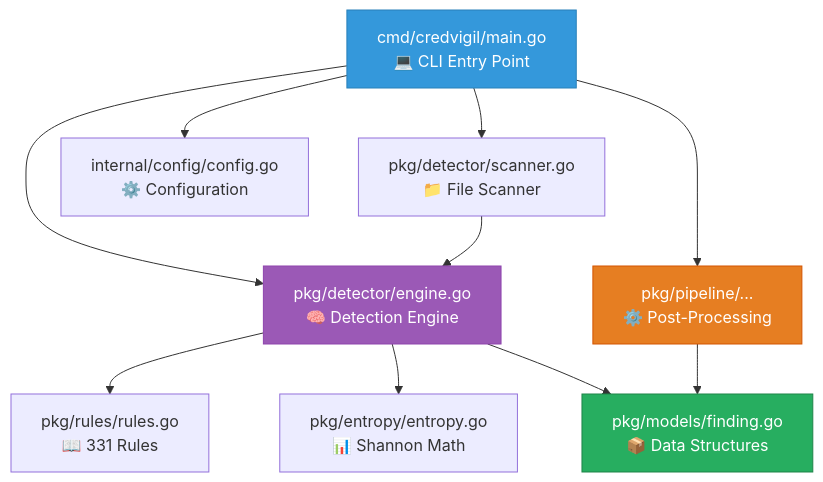
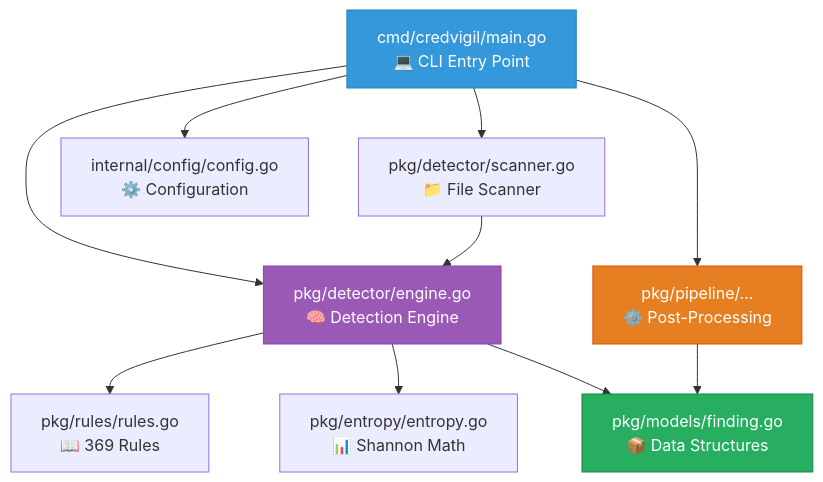
Before and after one commit to svemulapati/CredVigil: diagram 34 of 40 in docs/training/01-core-detection-engine.md, drawn with Mermaid. The commit also changed other lines of this file and 20 other files, not shown here.

````diff
--- a/docs/training/01-core-detection-engine.md
+++ b/docs/training/01-core-detection-engine.md
@@ -1757,16 +1757,16 @@
 ```mermaid
 flowchart TD
     CLI["cmd/credvigil/main.go\n💻 CLI Entry Point"] --> ENG["pkg/detector/engine.go\n🧠 Detection Engine"]
     CLI --> SCN["pkg/detector/scanner.go\n📁 File Scanner"]
     SCN --> ENG
-    ENG --> RUL["pkg/rules/rules.go\n📖 331 Rules"]
+    ENG --> RUL["pkg/rules/rules.go\n📖 369 Rules"]
     ENG --> ENT["pkg/entropy/entropy.go\n📊 Shannon Math"]
     ENG --> MOD["pkg/models/finding.go\n📦 Data Structures"]
     CLI --> PIP["pkg/pipeline/...\n⚙️ Post-Processing"]
     PIP --> MOD
     CLI --> CFG["internal/config/config.go\n⚙️ Configuration"]
     style CLI fill:#3498DB,stroke:#2980B9,color:#fff
     style ENG fill:#9B59B6,stroke:#8E44AD,color:#fff
     style PIP fill:#E67E22,stroke:#D35400,color:#fff
     style MOD fill:#27AE60,stroke:#1E8449,color:#fff
 ```
````
